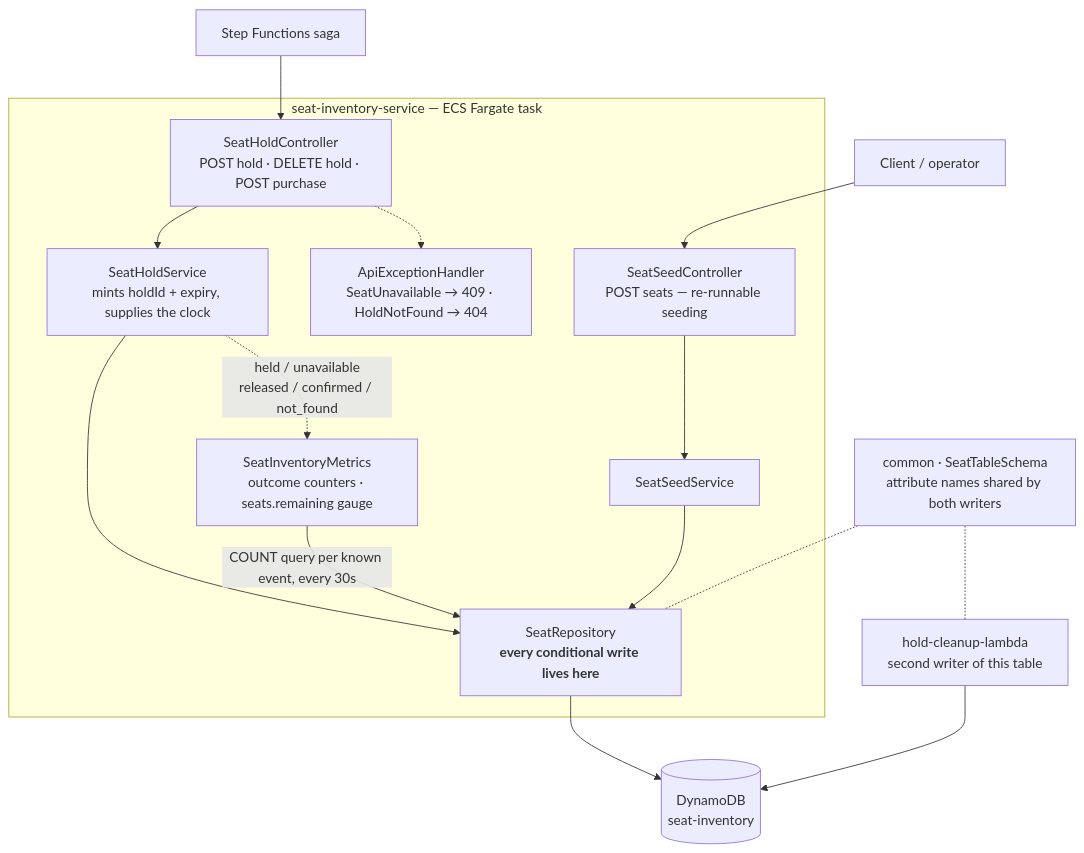
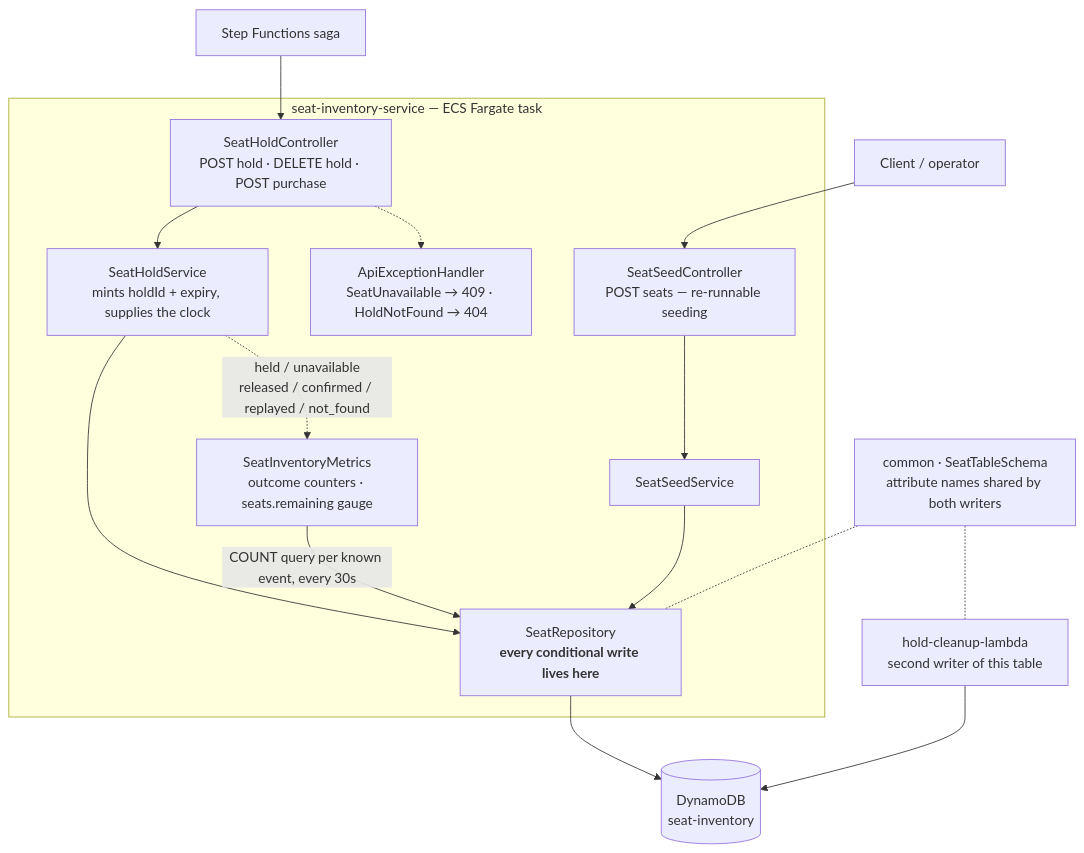
Before and after one commit to daliborjelicanin/ticket-waiting-room-aws: the first of 4 diagrams in seat-inventory-service/ARCHITECTURE.md, drawn with Mermaid. The commit also changed other lines of this file and 41 other files, not shown here.

````diff
--- a/seat-inventory-service/ARCHITECTURE.md
+++ b/seat-inventory-service/ARCHITECTURE.md
@@ -12,30 +12,30 @@
 ```mermaid
 flowchart TB
     SFN["Step Functions saga"]
     Client["Client / operator"]
 
     subgraph svc["seat-inventory-service — ECS Fargate task"]
         SHC["SeatHoldController<br/>POST hold · DELETE hold · POST purchase"]
         SSC["SeatSeedController<br/>POST seats — re-runnable seeding"]
         SHS["SeatHoldService<br/>mints holdId + expiry, supplies the clock"]
         SSS["SeatSeedService"]
         SR["SeatRepository<br/><b>every conditional write lives here</b>"]
         EH["ApiExceptionHandler<br/>SeatUnavailable → 409 · HoldNotFound → 404"]
         MET["SeatInventoryMetrics<br/>outcome counters · seats.remaining gauge"]
     end
 
     D[("DynamoDB<br/>seat-inventory")]
     HC["hold-cleanup-lambda<br/>second writer of this table"]
 
     SFN --> SHC
     Client --> SSC
     SHC --> SHS --> SR --> D
     SSC --> SSS --> SR
     SHC -.-> EH
-    SHS -.->|"held / unavailable<br/>released / confirmed / not_found"| MET
+    SHS -.->|"held / unavailable<br/>released / confirmed / replayed / not_found"| MET
     MET -->|"COUNT query per known event, every 30s"| SR
     HC --> D
 
     SCH["common · SeatTableSchema<br/>attribute names shared by both writers"] -.- SR
     SCH -.- HC
 ```
````
